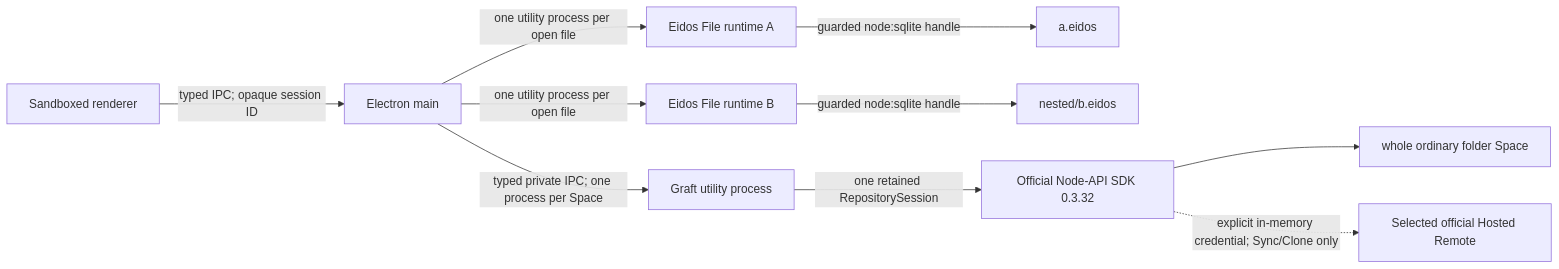
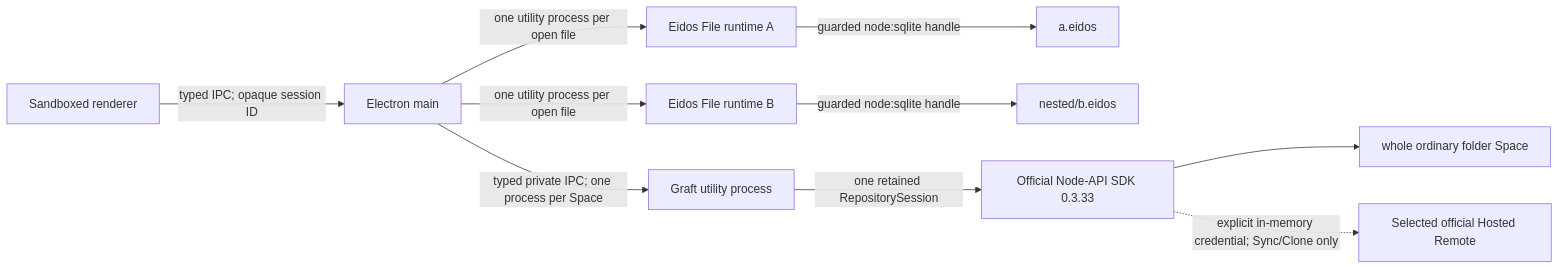
The first of 3 diagrams in apps/eidos-lite-desktop/docs/ARCHITECTURE.md (mayneyao/eidos), drawn with Mermaid before and after one commit. The commit also changed other lines of this file and 14 other files, not shown here.

````diff
--- a/apps/eidos-lite-desktop/docs/ARCHITECTURE.md
+++ b/apps/eidos-lite-desktop/docs/ARCHITECTURE.md
@@ -58,12 +58,12 @@
 ```mermaid
 flowchart LR
   R["Sandboxed renderer"] -->|"typed IPC; opaque session ID"| M["Electron main"]
   M -->|"one utility process per open file"| F1["Eidos File runtime A"]
   M -->|"one utility process per open file"| F2["Eidos File runtime B"]
   F1 -->|"guarded node:sqlite handle"| E1["a.eidos"]
   F2 -->|"guarded node:sqlite handle"| E2["nested/b.eidos"]
   M -->|"typed private IPC; one process per Space"| G["Graft utility process"]
-  G -->|"one retained RepositorySession"| N["Official Node-API SDK 0.3.32"]
+  G -->|"one retained RepositorySession"| N["Official Node-API SDK 0.3.33"]
   N --> S["whole ordinary folder Space"]
   N -. "explicit in-memory credential; Sync/Clone only" .-> H["Selected official Hosted Remote"]
 ```
````
